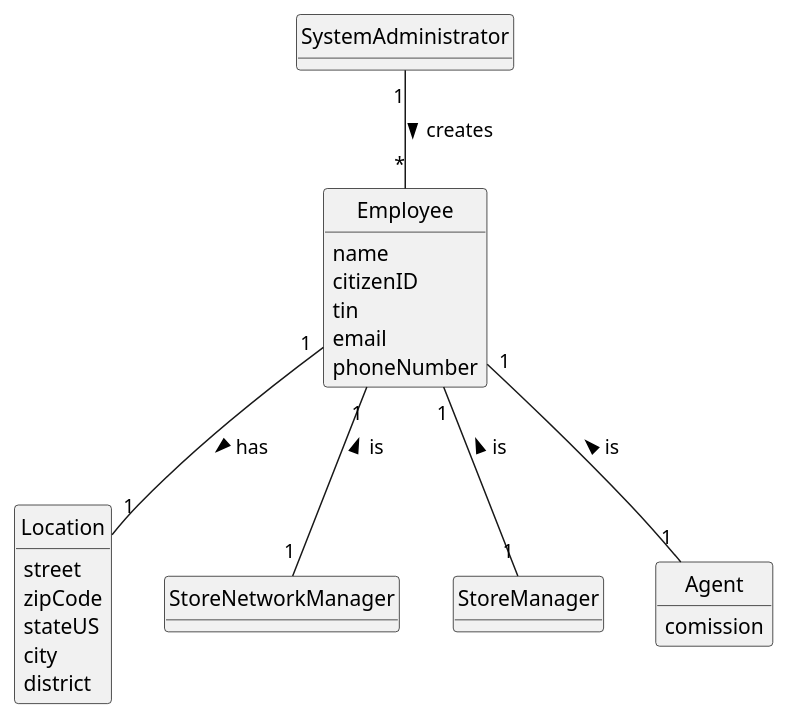
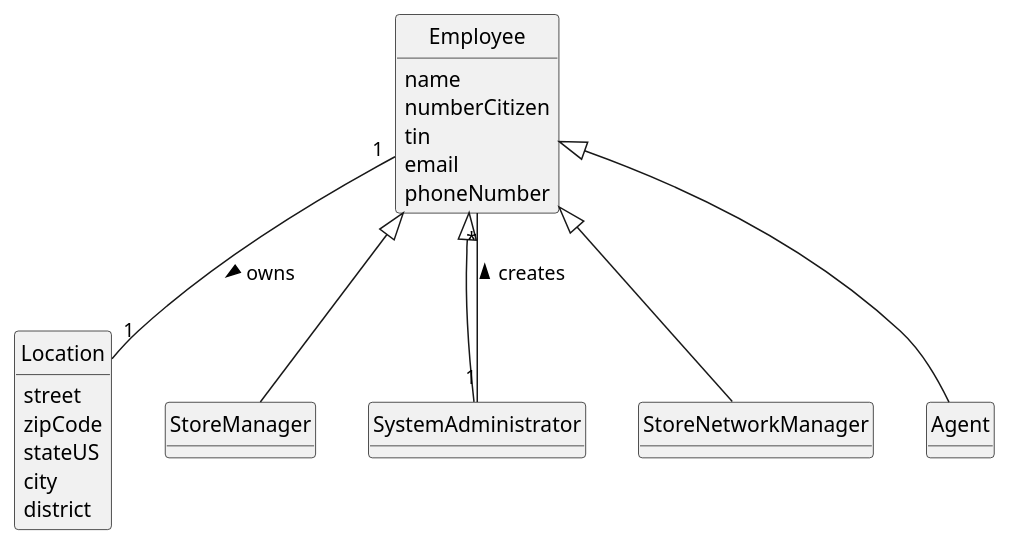
One commit to PEDROMOREIRA45/lei-23-s2-1dg-g31 changed the diagram in docs/sprintA/us003/02.analysis/puml/us003-domain-model.puml. Above: the diagram before and after it, drawn with PlantUML.

Commit message:
us003 - Updated domain model

```diff
--- a/docs/sprintA/us003/02.analysis/puml/us003-domain-model.puml
+++ b/docs/sprintA/us003/02.analysis/puml/us003-domain-model.puml
@@ -1,42 +1,43 @@
 @startuml
 skinparam monochrome true
 skinparam packageStyle rectangle
 skinparam shadowing false
 
 skinparam classAttributeIconSize 0
 
 hide circle
 hide methods
 
-class SystemAdministrator
-
 class Employee{
     name
-    citizenID
+    numberCitizen
     tin
     email
     phoneNumber
 }
 
 class Location{
     street
     zipCode
     stateUS
     city
     district
 }
 
+class StoreManager
+
+class SystemAdministrator
+
 class StoreNetworkManager
 
-class StoreManager
+class Agent
 
-class Agent{
-    comission
-}
+Employee <|-- Agent
+Employee <|-- StoreManager
+Employee <|-- StoreNetworkManager
+Employee <|-- SystemAdministrator
+SystemAdministrator "1" -- "*" Employee: creates >
+Employee "1" -- "1" Location: owns >
 
-SystemAdministrator "1" -- "*" Employee : creates >
-Employee "1" -- "1" Location: has >
-Employee "1" -- "1" StoreNetworkManager: is <
-Employee "1" -- "1" StoreManager: is <
-Employee "1" -- "1" Agent: is <
+
 @enduml
```
